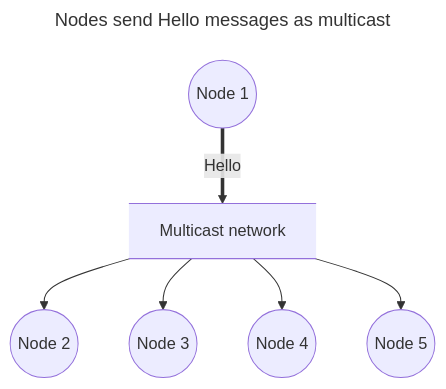
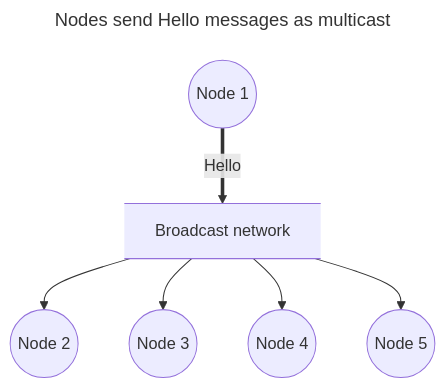
One commit to aniemela-cloud/uh-ds-g9-project changed the second of 3 diagrams in Documentation/Graphs/NetworkTopologies.md. Above: the diagram before and after it, drawn with Mermaid. The commit also changed other lines of this file, not shown here.

First line of the commit message:
Update NetworkTopologies.md

````diff
--- a/Documentation/Graphs/NetworkTopologies.md
+++ b/Documentation/Graphs/NetworkTopologies.md
@@ -29,17 +29,17 @@
 ```mermaid
 ---
 title: Nodes send Hello messages as multicast
 ---
 flowchart TB
     A((Node 1))
     B((Node 2))
     C((Node 3))
-    Net@{ "shape": "datastore", "label":"Multicast network" }
+    Net@{ "shape": "datastore", "label":"Broadcast network" }
     D((Node 4))
     E((Node 5))
     A == Hello ==> Net
     Net --> B
     Net --> C
     Net --> D 
     Net-->E
 ```
````
